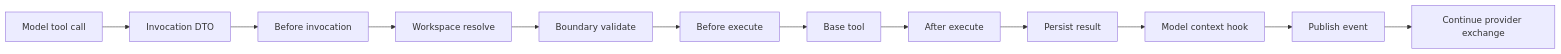
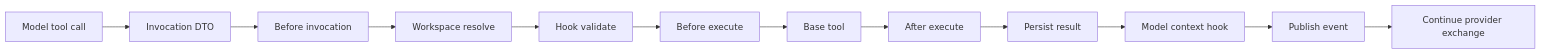
One commit to y0tsy/intention-relay changed the diagram in docs/intention-relay/architecture/05-tools-workspace-and-hooks.md. Above: the diagram before and after it, drawn with Mermaid. The commit also changed other lines of this file and 119 other files, not shown here.

````diff
--- a/docs/intention-relay/architecture/05-tools-workspace-and-hooks.md
+++ b/docs/intention-relay/architecture/05-tools-workspace-and-hooks.md
@@ -123,14 +128,14 @@
 ```mermaid
 flowchart LR
   MT[Model tool call] --> IV[Invocation DTO]
   IV --> BI[Before invocation]
   BI --> WR[Workspace resolve]
-  WR --> BV[Boundary validate]
+  WR --> BV[Hook validate]
   BV --> BE[Before execute]
   BE --> EX[Base tool]
   EX --> AE[After execute]
   AE --> PE[Persist result]
   PE --> MC[Model context hook]
   MC --> PB[Publish event]
   PB --> CE[Continue provider exchange]
 ```
````
